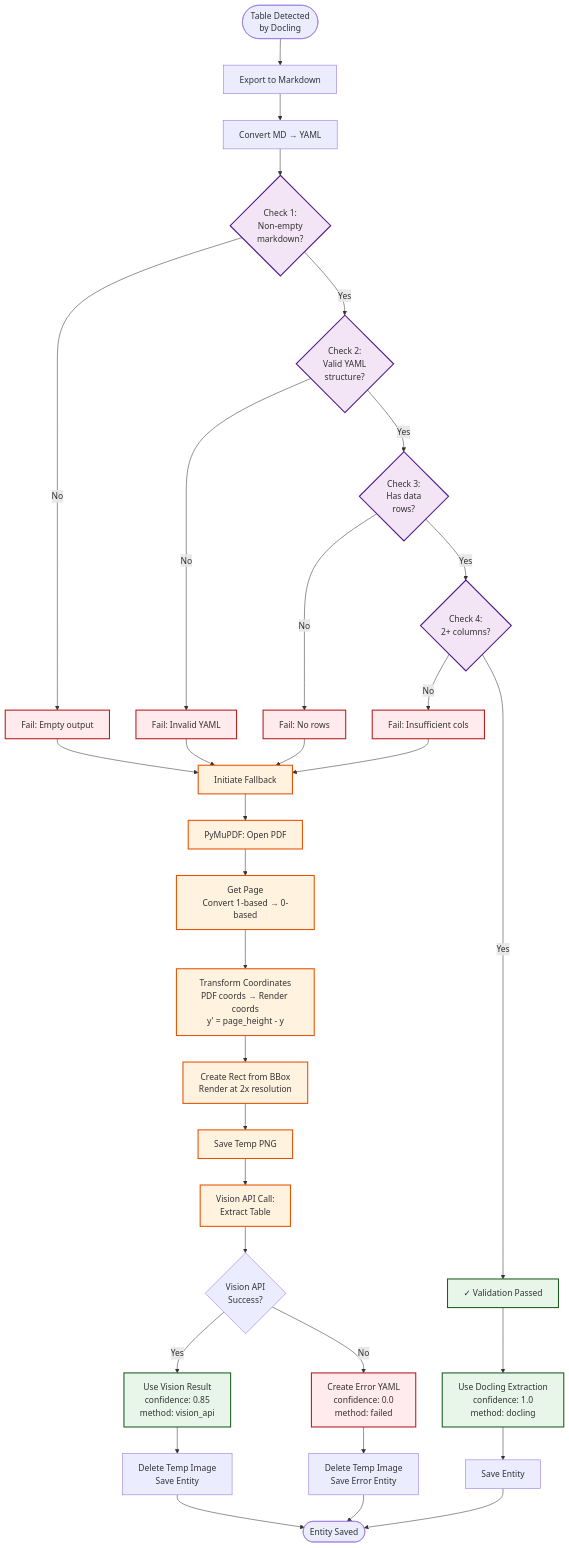
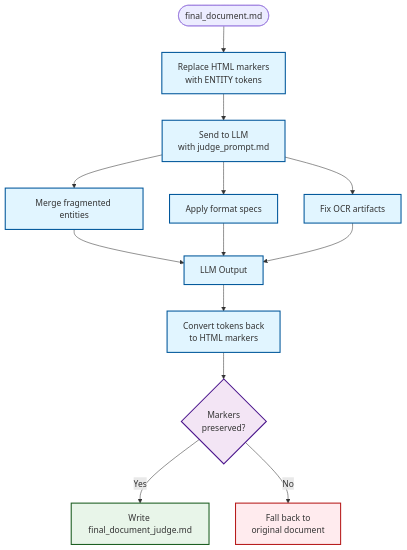
Before and after one commit to wonderful-michelakis/danaos_processing: the third of 6 diagrams in docs/architecture/PIPELINE_DIAGRAM.md, drawn with Mermaid. The commit also changed other lines of this file and 8 other files, not shown here.

````diff
--- a/docs/architecture/PIPELINE_DIAGRAM.md
+++ b/docs/architecture/PIPELINE_DIAGRAM.md
@@ -85,56 +102,29 @@
 ```mermaid
 graph TB
-    TableDetected([Table Detected<br/>by Docling]) --> Export[Export to Markdown]
-    Export --> Convert[Convert MD → YAML]
-    Convert --> Val1{Check 1:<br/>Non-empty<br/>markdown?}
+    Input([final_document.md]) --> Replace[Replace HTML markers<br/>with ENTITY tokens]
+    Replace --> SendLLM[Send to LLM<br/>with judge_prompt.md]
 
-    Val1 -->|No| Fail1[Fail: Empty output]
-    Val1 -->|Yes| Val2{Check 2:<br/>Valid YAML<br/>structure?}
+    SendLLM --> Merge[Merge fragmented entities]
+    SendLLM --> Format[Apply format specs]
+    SendLLM --> Fix[Fix OCR artifacts]
 
-    Val2 -->|No| Fail2[Fail: Invalid YAML]
-    Val2 -->|Yes| Val3{Check 3:<br/>Has data<br/>rows?}
+    Merge --> Result[LLM Output]
+    Format --> Result
+    Fix --> Result
 
-    Val3 -->|No| Fail3[Fail: No rows]
-    Val3 -->|Yes| Val4{Check 4:<br/>2+ columns?}
+    Result --> RestoreMarkers[Convert tokens back<br/>to HTML markers]
+    RestoreMarkers --> ValidateMarkers{Markers<br/>preserved?}
 
-    Val4 -->|No| Fail4[Fail: Insufficient cols]
-    Val4 -->|Yes| Success[✓ Validation Passed]
+    ValidateMarkers -->|Yes| WriteJudge[Write final_document_judge.md]
+    ValidateMarkers -->|No| Fallback[Fall back to<br/>original document]
 
-    Success --> UseDocling[Use Docling Extraction<br/>confidence: 1.0<br/>method: docling]
+    classDef processClass fill:#e1f5ff,stroke:#01579b,stroke-width:2px
+    classDef checkClass fill:#f3e5f5,stroke:#4a148c,stroke-width:2px
+    classDef outputClass fill:#e8f5e9,stroke:#1b5e20,stroke-width:2px
+    classDef failClass fill:#ffebee,stroke:#b71c1c,stroke-width:2px
 
-    Fail1 --> Fallback[Initiate Fallback]
-    Fail2 --> Fallback
-    Fail3 --> Fallback
-    Fail4 --> Fallback
-
-    Fallback --> PyMuPDF[PyMuPDF: Open PDF]
-    PyMuPDF --> GetPage[Get Page<br/>Convert 1-based → 0-based]
-    GetPage --> Transform[Transform Coordinates<br/>PDF coords → Render coords<br/>y' = page_height - y]
-    Transform --> Crop[Create Rect from BBox<br/>Render at 2x resolution]
-    Crop --> SaveTemp[Save Temp PNG]
-    SaveTemp --> VisionCall[Vision API Call:<br/>Extract Table]
-
-    VisionCall --> VisionSuccess{Vision API<br/>Success?}
-
-    VisionSuccess -->|Yes| UseVision[Use Vision Result<br/>confidence: 0.85<br/>method: vision_api]
-    VisionSuccess -->|No| BothFailed[Create Error YAML<br/>confidence: 0.0<br/>method: failed]
-
-    UseDocling --> Cleanup1[Save Entity]
-    UseVision --> Cleanup2[Delete Temp Image<br/>Save Entity]
-    BothFailed --> Cleanup3[Delete Temp Image<br/>Save Error Entity]
-
-    Cleanup1 --> Done([Entity Saved])
-    Cleanup2 --> Done
-    Cleanup3 --> Done
-
-    %% Styling
-    classDef validationClass fill:#f3e5f5,stroke:#4a148c,stroke-width:2px
-    classDef successClass fill:#e8f5e9,stroke:#1b5e20,stroke-width:2px
-    classDef failClass fill:#ffebee,stroke:#b71c1c,stroke-width:2px
-    classDef fallbackClass fill:#fff3e0,stroke:#e65100,stroke-width:2px
-
-    class Val1,Val2,Val3,Val4 validationClass
-    class Success,UseDocling,UseVision successClass
-    class Fail1,Fail2,Fail3,Fail4,BothFailed failClass
-    class Fallback,PyMuPDF,GetPage,Transform,Crop,SaveTemp,VisionCall fallbackClass
+    class Replace,SendLLM,Merge,Format,Fix,Result,RestoreMarkers processClass
+    class ValidateMarkers checkClass
+    class WriteJudge outputClass
+    class Fallback failClass
 ```
````
